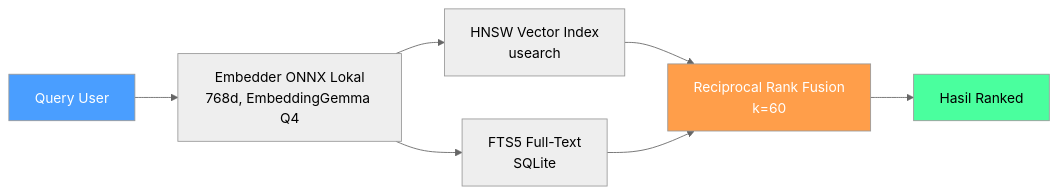
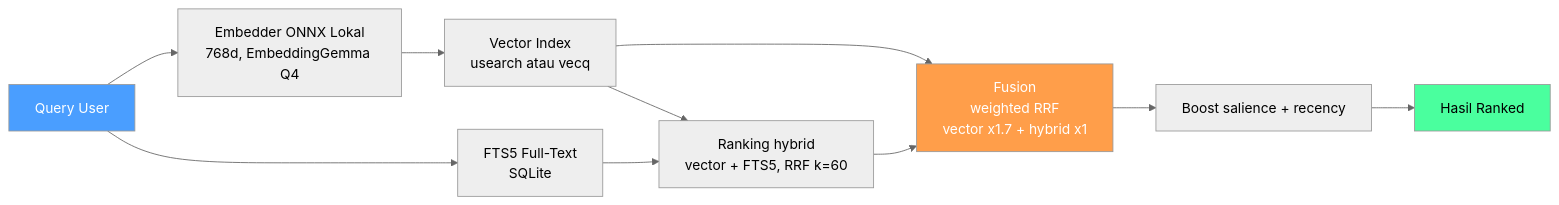
One commit to codecoradev/uteke changed the diagram in README.id.md. Above: the diagram before and after it, drawn with Mermaid (neutral theme). The commit also changed other lines of this file and 12 other files, not shown here.

````diff
--- a/README.id.md
+++ b/README.id.md
@@ -264,13 +266,16 @@
 ```mermaid
 graph LR
     Input[Query User] --> Embed[Embedder ONNX Lokal<br/>768d, EmbeddingGemma Q4]
-    Embed --> HNSW[HNSW Vector Index<br/>usearch]
-    Embed --> FTS5[FTS5 Full-Text<br/>SQLite]
-    HNSW --> RRF[Reciprocal Rank Fusion<br/>k=60]
-    FTS5 --> RRF
-    RRF --> Results[Hasil Ranked]
+    Input --> FTS5[FTS5 Full-Text<br/>SQLite]
+    Embed --> Vec[Vector Index<br/>usearch atau vecq]
+    Vec --> Hybrid[Ranking hybrid<br/>vector + FTS5, RRF k=60]
+    FTS5 --> Hybrid
+    Vec --> Fusion[Fusion<br/>weighted RRF<br/>vector x1.7 + hybrid x1]
+    Hybrid --> Fusion
+    Fusion --> Boost[Boost salience + recency]
+    Boost --> Results[Hasil Ranked]
 
     style Input fill:#4a9eff,color:#fff
     style Results fill:#4aff9e,color:#000
-    style RRF fill:#ff9e4a,color:#fff
+    style Fusion fill:#ff9e4a,color:#fff
 ```
````
